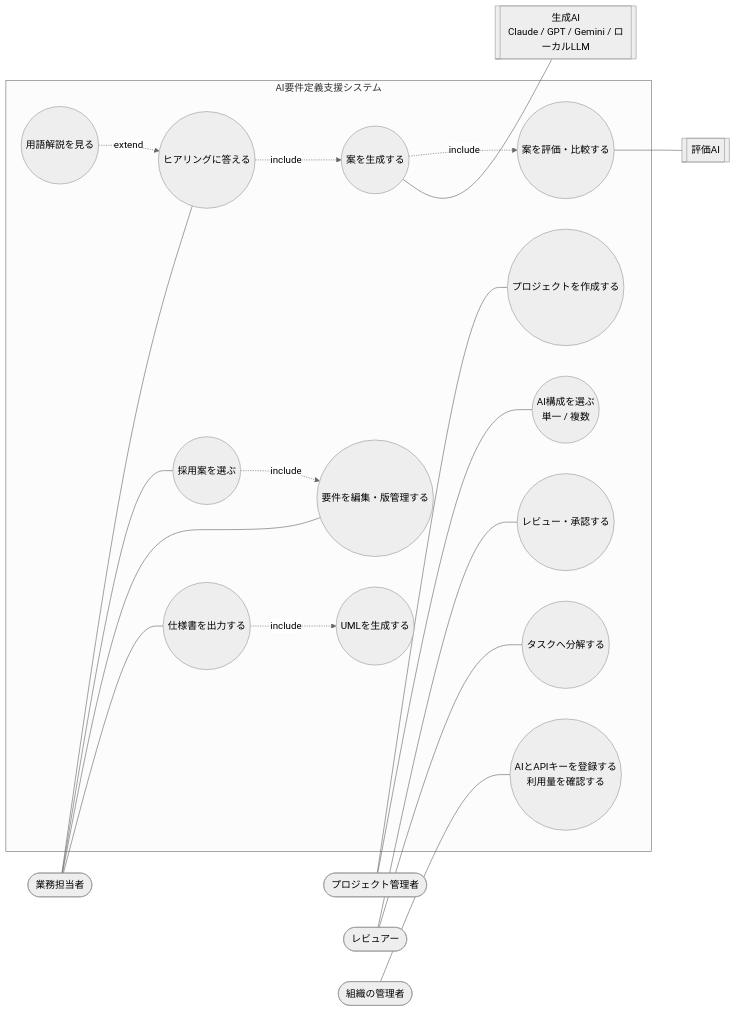
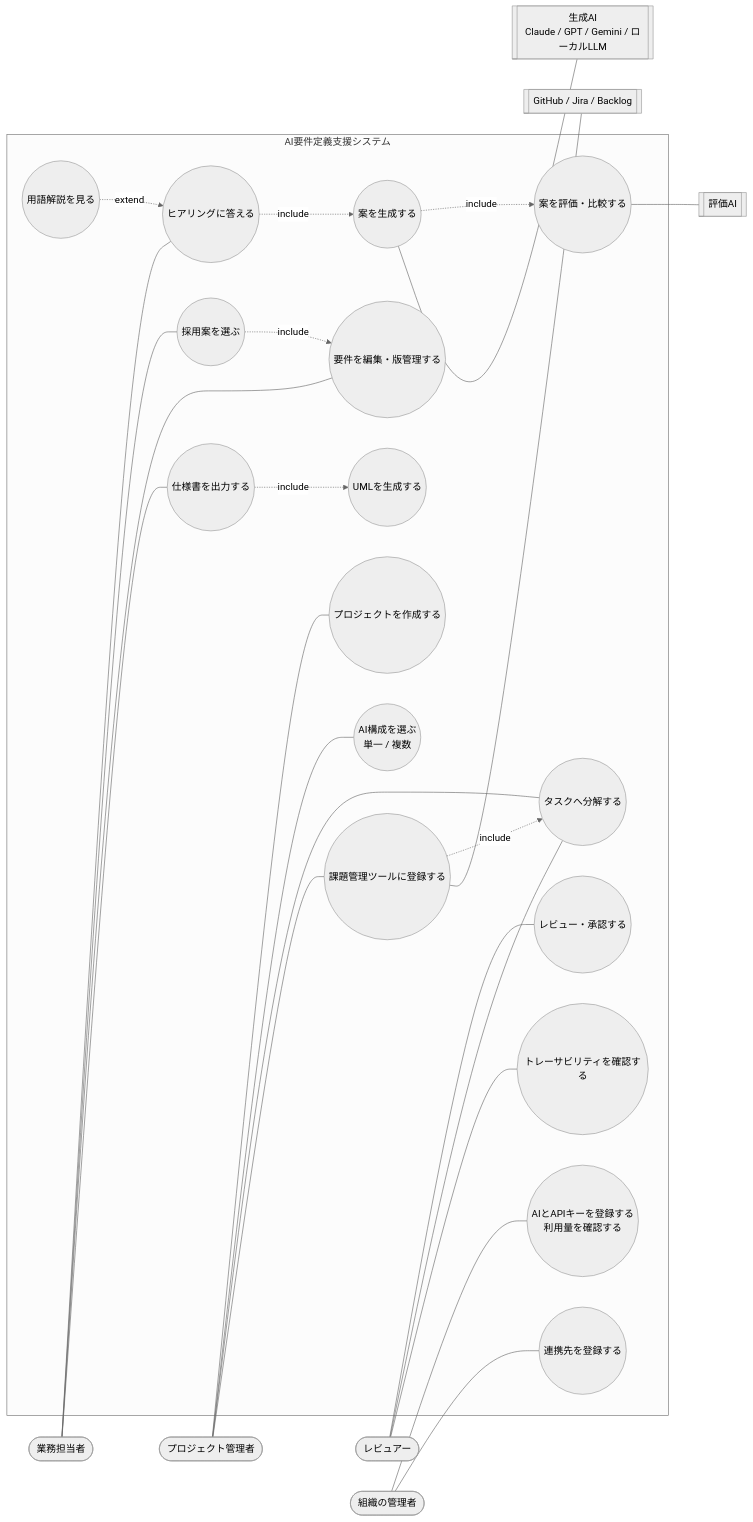
Before and after one commit to UeEmon/ai-requirements-navigator: the diagram in docs/uml/01-usecase.mmd, drawn with Mermaid (neutral theme). The commit also changed 6 other files, not shown here.

First line of the commit message:
実装連携のドキュメント（連携の設定・ADR 0005・UML）とCIの動作確認を追加

```diff
--- a/docs/uml/01-usecase.mmd
+++ b/docs/uml/01-usecase.mmd
@@ -1,40 +1,50 @@
 flowchart LR
     U([業務担当者])
     PM([プロジェクト管理者])
     RV([レビュアー])
     AD([組織の管理者])
     GAI[[生成AI<br/>Claude / GPT / Gemini / ローカルLLM]]
     EAI[[評価AI]]
 
     subgraph SYS[AI要件定義支援システム]
         UC1((プロジェクトを作成する))
         UC2((AI構成を選ぶ<br/>単一 / 複数))
         UC3((ヒアリングに答える))
         UC4((用語解説を見る))
         UC5((案を生成する))
         UC6((案を評価・比較する))
         UC7((採用案を選ぶ))
         UC8((要件を編集・版管理する))
         UC9((UMLを生成する))
         UC10((仕様書を出力する))
         UC11((レビュー・承認する))
         UC12((タスクへ分解する))
         UC13((AIとAPIキーを登録する<br/>利用量を確認する))
+        UC14((課題管理ツールに登録する))
+        UC15((トレーサビリティを確認する))
+        UC16((連携先を登録する))
     end
+    ITS[[GitHub / Jira / Backlog]]
 
     PM --- UC1
     PM --- UC2
     U --- UC3
     U --- UC7
     U --- UC8
     U --- UC10
     RV --- UC11
     RV --- UC12
     AD --- UC13
+    AD --- UC16
+    PM --- UC12
+    PM --- UC14
+    RV --- UC15
+    UC14 -.include.-> UC12
+    UC14 --- ITS
     UC3 -.include.-> UC5
     UC4 -.extend.-> UC3
     UC5 -.include.-> UC6
     UC7 -.include.-> UC8
     UC10 -.include.-> UC9
     UC5 --- GAI
     UC6 --- EAI
```
